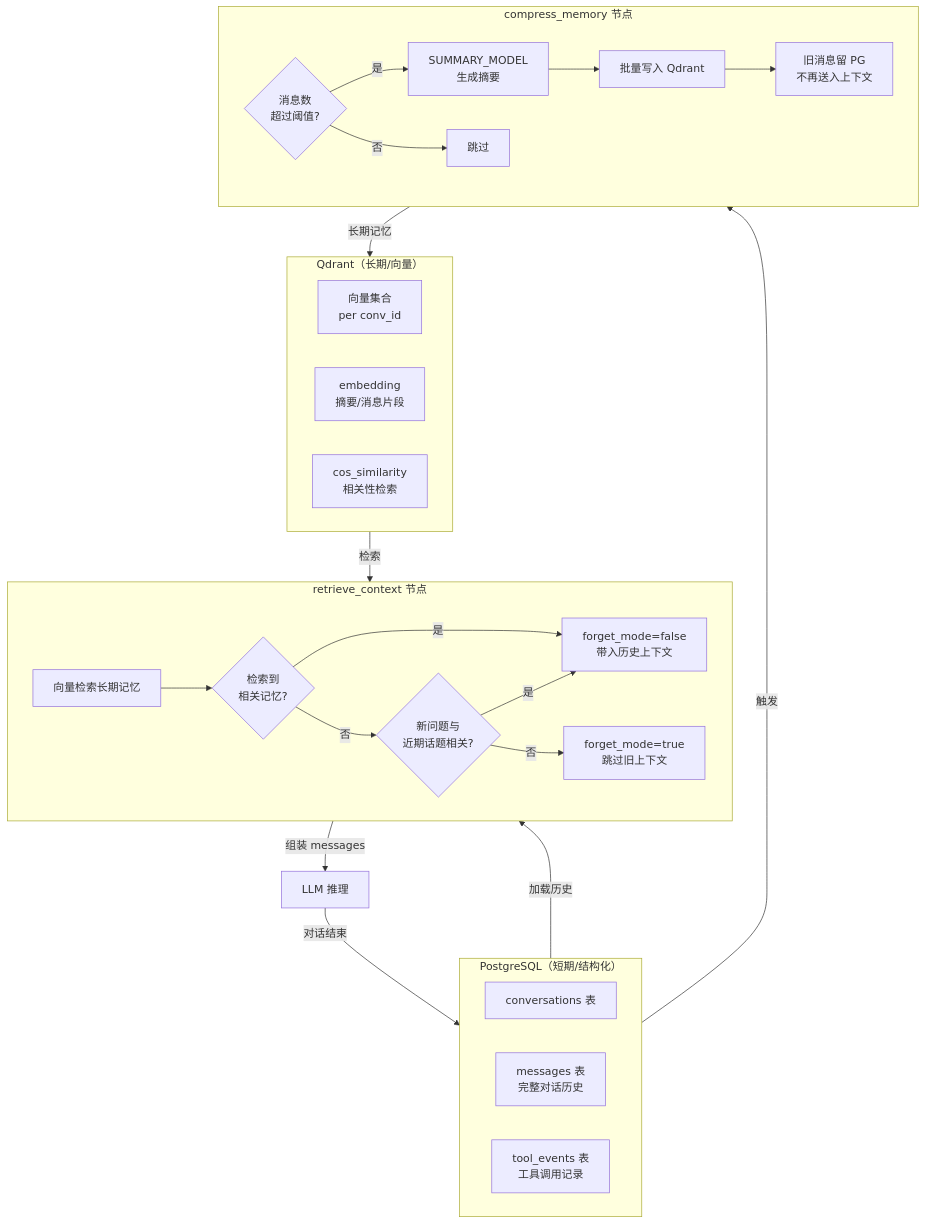
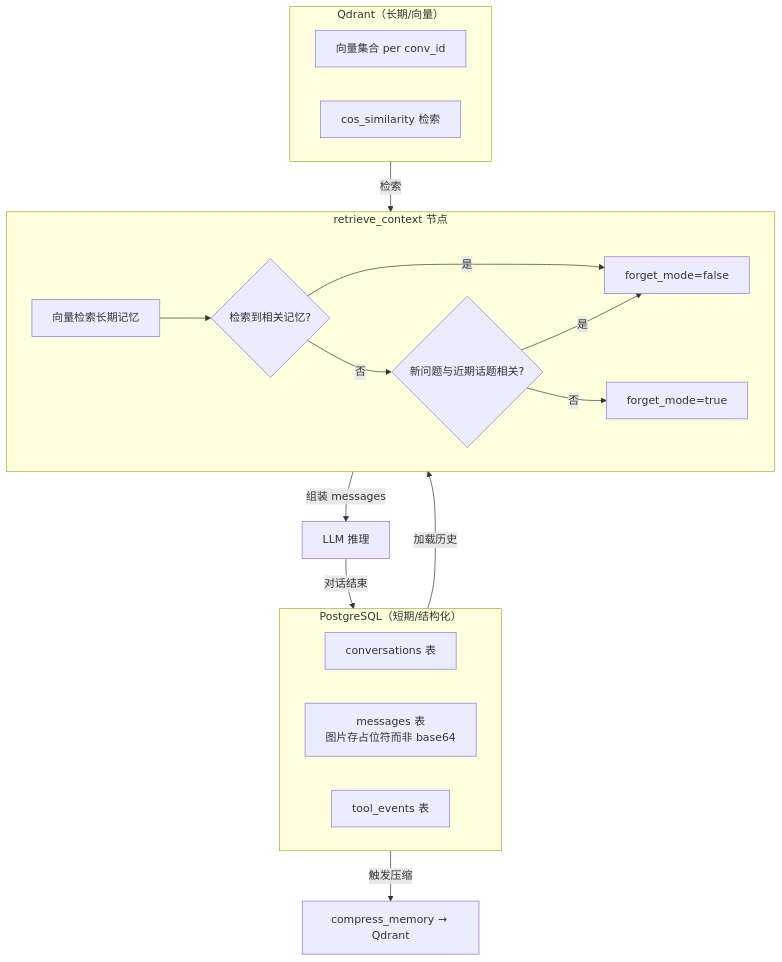
Before and after one commit to toolclub/wechat: diagram 12 of 13 in llm-chat/backend/README.md, drawn with Mermaid. The commit also changed other lines of this file and 38 other files, not shown here.

````diff
--- a/llm-chat/backend/README.md
+++ b/llm-chat/backend/README.md
@@ -502,43 +397,32 @@
 ```mermaid
 flowchart TD
     subgraph PG["PostgreSQL（短期/结构化）"]
         P1[conversations 表]
-        P2[messages 表\n完整对话历史]
-        P3[tool_events 表\n工具调用记录]
+        P2[messages 表\n图片存占位符而非 base64]
+        P3[tool_events 表]
     end
 
     subgraph QD["Qdrant（长期/向量）"]
-        Q1["向量集合\nper conv_id"]
-        Q2["embedding\n摘要/消息片段"]
-        Q3["cos_similarity\n相关性检索"]
+        Q1["向量集合 per conv_id"]
+        Q2["cos_similarity 检索"]
     end
 
     subgraph RC["retrieve_context 节点"]
         R1["向量检索长期记忆"]
-        R2{"检索到\n相关记忆?"}
-        R3["forget_mode=false\n带入历史上下文"]
-        R4{"新问题与\n近期话题相关?"}
-        R5["forget_mode=true\n跳过旧上下文"]
+        R2{"检索到相关记忆?"}
+        R3["forget_mode=false"]
+        R4{"新问题与近期话题相关?"}
+        R5["forget_mode=true"]
         R1 --> R2
         R2 -->|是| R3
         R2 -->|否| R4
         R4 -->|是| R3
         R4 -->|否| R5
     end
 
-    subgraph CM["compress_memory 节点"]
-        C1{"消息数\n超过阈值?"}
-        C2["SUMMARY_MODEL\n生成摘要"]
-        C3["批量写入 Qdrant"]
-        C4["旧消息留 PG\n不再送入上下文"]
-        C1 -->|是| C2 --> C3 --> C4
-        C1 -->|否| C5["跳过"]
-    end
-
     QD -->|检索| RC
     PG -->|加载历史| RC
     RC -->|组装 messages| LLM["LLM 推理"]
     LLM -->|对话结束| PG
-    PG -->|触发| CM
-    CM -->|长期记忆| QD
+    PG -->|触发压缩| CM["compress_memory → Qdrant"]
 ```
````
